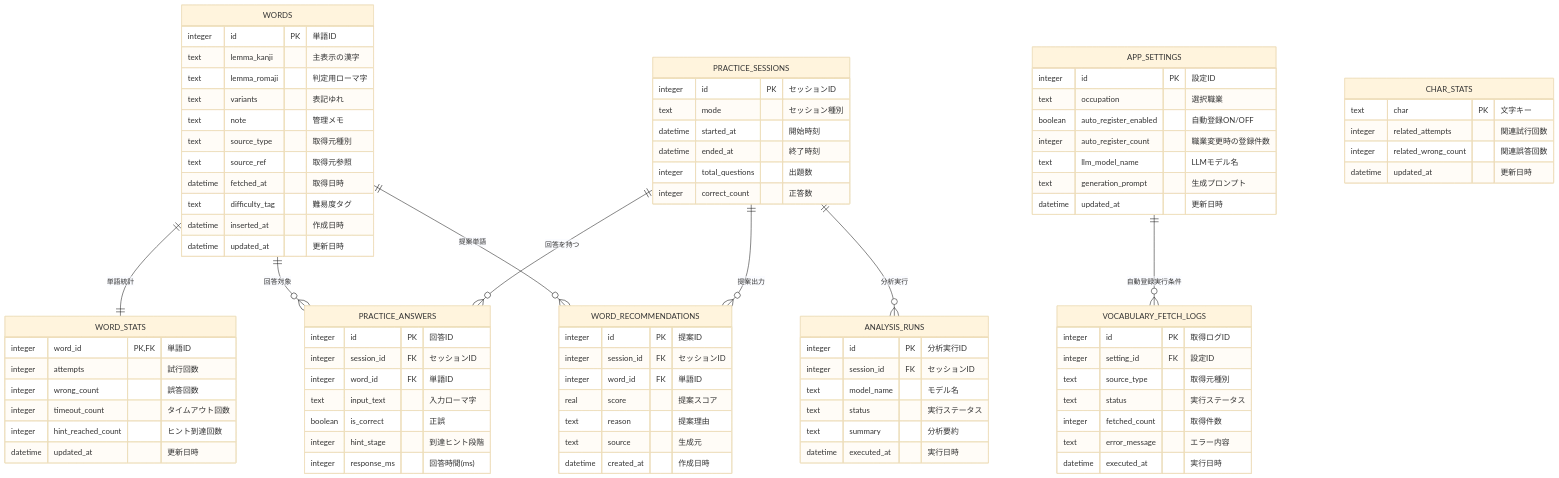
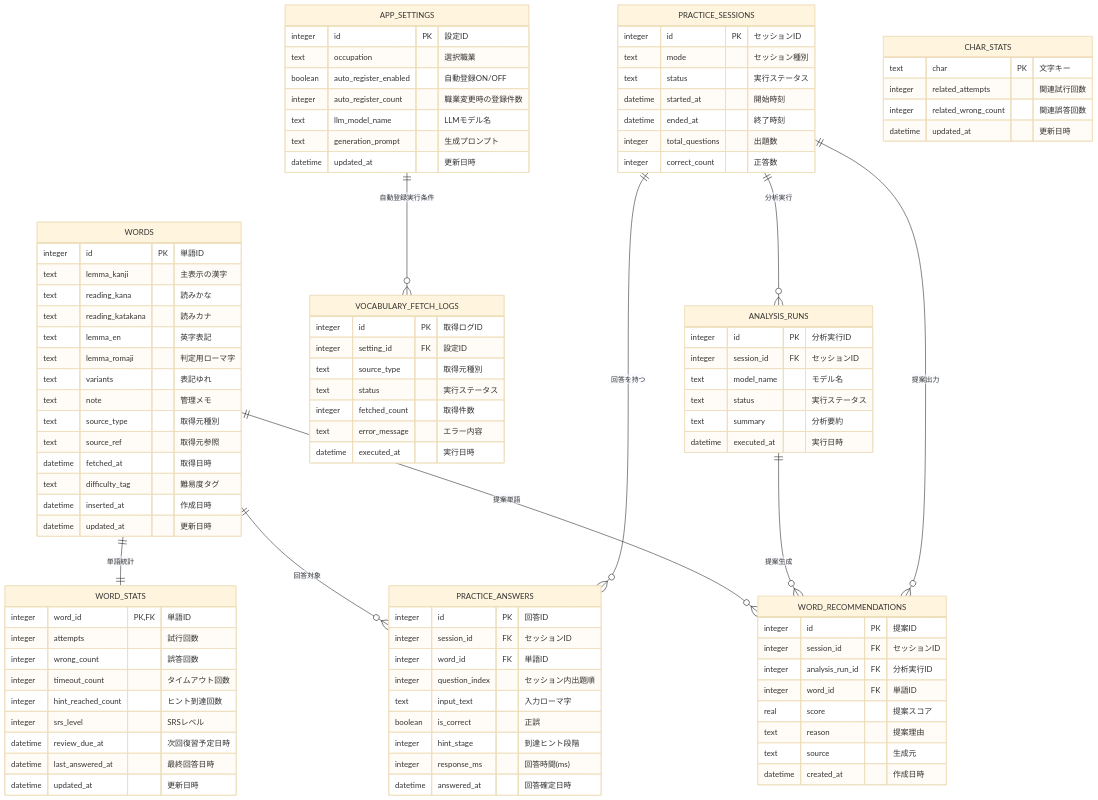
One commit to ymn-t-yamanashi/word_practice changed the diagram in doc/ER図.md. Above: the diagram before and after it, drawn with Mermaid (base theme). The commit also changed other lines of this file and 2 other files, not shown here.

Commit message:
ER図と設計書のSRS・セッション定義を整合

````diff
--- a/doc/ER図.md
+++ b/doc/ER図.md
@@ -5,6 +5,9 @@
     WORDS {
         integer id PK "単語ID"
         text lemma_kanji "主表示の漢字"
+        text reading_kana "読みかな"
+        text reading_katakana "読みカナ"
+        text lemma_en "英字表記"
         text lemma_romaji "判定用ローマ字"
         text variants "表記ゆれ"
         text note "管理メモ"
@@ -29,6 +32,7 @@
     PRACTICE_SESSIONS {
         integer id PK "セッションID"
         text mode "セッション種別"
+        text status "実行ステータス"
         datetime started_at "開始時刻"
         datetime ended_at "終了時刻"
         integer total_questions "出題数"
@@ -39,10 +43,12 @@
         integer id PK "回答ID"
         integer session_id FK "セッションID"
         integer word_id FK "単語ID"
+        integer question_index "セッション内出題順"
         text input_text "入力ローマ字"
         boolean is_correct "正誤"
         integer hint_stage "到達ヒント段階"
         integer response_ms "回答時間(ms)"
+        datetime answered_at "回答確定日時"
     }
 
     WORD_STATS {
@@ -51,6 +57,9 @@
         integer wrong_count "誤答回数"
         integer timeout_count "タイムアウト回数"
         integer hint_reached_count "ヒント到達回数"
+        integer srs_level "SRSレベル"
+        datetime review_due_at "次回復習予定日時"
+        datetime last_answered_at "最終回答日時"
         datetime updated_at "更新日時"
     }
 
@@ -83,6 +92,7 @@
     WORD_RECOMMENDATIONS {
         integer id PK "提案ID"
         integer session_id FK "セッションID"
+        integer analysis_run_id FK "分析実行ID"
         integer word_id FK "単語ID"
         real score "提案スコア"
         text reason "提案理由"
@@ -96,5 +106,6 @@
     APP_SETTINGS ||--o{ VOCABULARY_FETCH_LOGS : 自動登録実行条件
     PRACTICE_SESSIONS ||--o{ ANALYSIS_RUNS : 分析実行
     PRACTICE_SESSIONS ||--o{ WORD_RECOMMENDATIONS : 提案出力
+    ANALYSIS_RUNS ||--o{ WORD_RECOMMENDATIONS : 提案生成
     WORDS ||--o{ WORD_RECOMMENDATIONS : 提案単語
 ```
````
